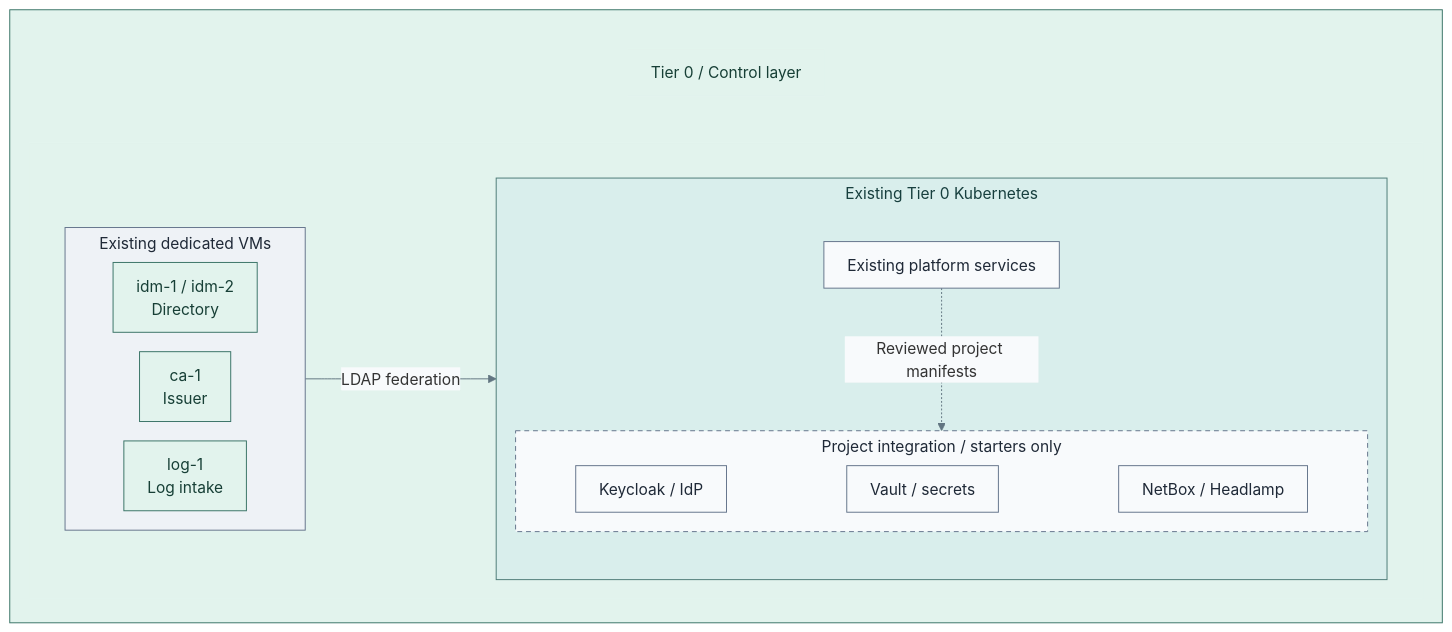
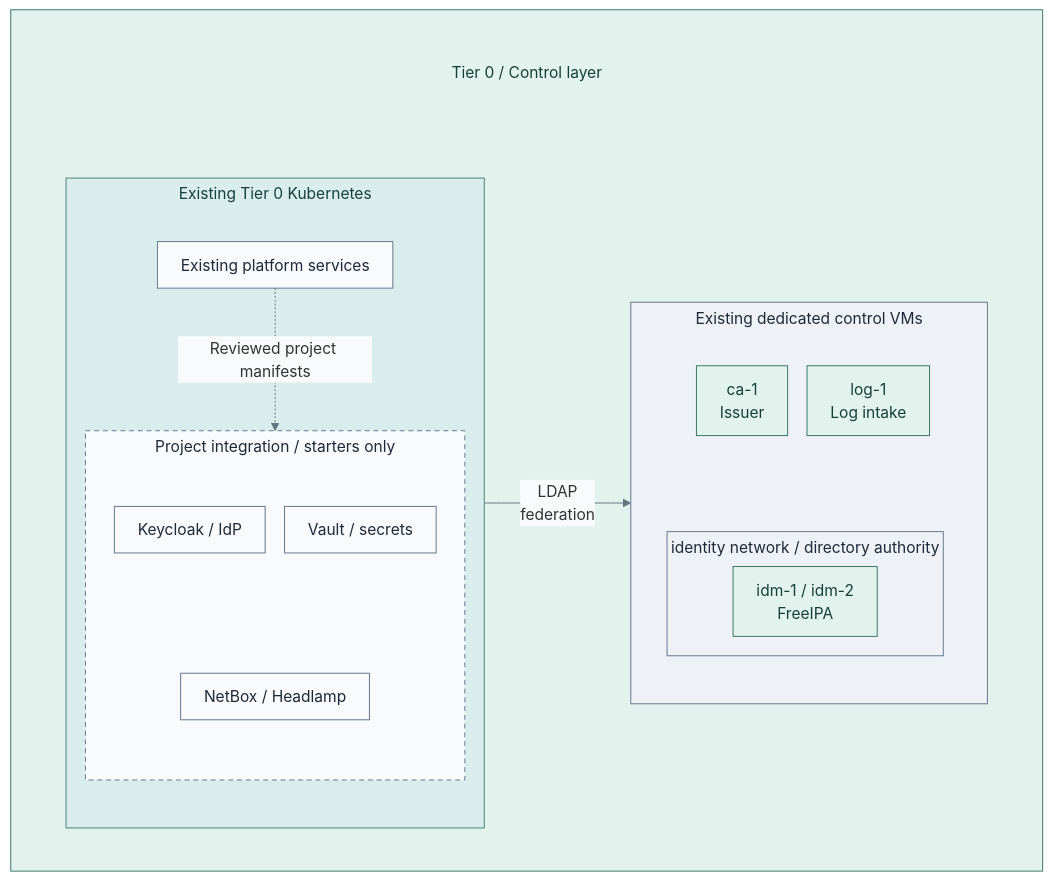
One commit to Rexus/homelab changed the diagram in docs/deployment/stage-4-control-services/README.md. Above: the diagram before and after it, drawn with Mermaid. The commit also changed 22 other files, not shown here.

Commit message:
docs(diagrams): clarify tier boundaries and deployment layouts

````diff
--- a/docs/deployment/stage-4-control-services/README.md
+++ b/docs/deployment/stage-4-control-services/README.md
@@ -21,41 +21,47 @@
 ```mermaid
 %%{init: {"theme":"base","flowchart":{"nodeSpacing":20,"rankSpacing":24,"padding":12,"subGraphTitleMargin":{"top":4,"bottom":12}},"themeVariables":{"lineColor":"#627581","edgeLabelBackground":"#f8fafc"}}}%%
 flowchart TB
   subgraph T0[" "]
     direction TB
     T0Title["Tier 0 / Control layer"]
     subgraph Placement[" "]
       direction LR
-      subgraph Existing["Existing dedicated VMs"]
-        Directory["idm-1 / idm-2<br/>Directory"]
-        Issuer["ca-1<br/>Issuer"]
-        Log["log-1<br/>Log intake"]
-      end
       subgraph Cluster["Existing Tier 0 Kubernetes"]
         direction TB
         Base["Existing platform services"]
         subgraph Added["Project integration / starters only"]
-          direction LR
+          direction TB
           Keycloak["Keycloak / IdP"]
           Vault["Vault / secrets"]
           Ops["NetBox / Headlamp"]
-          Keycloak ~~~ Vault ~~~ Ops
+          Keycloak ~~~ Ops
+          Vault ~~~ Ops
         end
         Base -. Reviewed project manifests .-> Added
       end
-      Existing -->|LDAP federation| Cluster
+      subgraph Existing["Existing dedicated control VMs"]
+        direction TB
+        subgraph Identity["identity network / directory authority"]
+          Directory["idm-1 / idm-2<br/>FreeIPA"]
+        end
+        Issuer["ca-1<br/>Issuer"]
+        Log["log-1<br/>Log intake"]
+        Issuer ~~~ Identity
+        Log ~~~ Identity
+      end
+      Cluster -->|LDAP<br/>federation| Existing
     end
     T0Title ~~~ Placement
   end
   classDef default fill:#f8fafc,stroke:#64748b,color:#1f2937
   classDef boundary fill:#eef2f6,stroke:#64748b,color:#1f2937
   classDef control fill:#e2f3ed,stroke:#397366,color:#173f36
   classDef controlHeading fill:#e2f3ed,stroke:#e2f3ed,color:#173f36
   classDef runtime fill:#d9eeec,stroke:#4d7b77,color:#173f3e
   classDef replicas fill:#f8fafc,stroke:#64748b,color:#1f2937,stroke-dasharray:5 4
-  class Existing boundary
+  class Existing,Identity boundary
   class T0,Directory,Issuer,Log control
   class T0Title,Placement controlHeading
   class Cluster runtime
   class Added replicas
 ```
````
